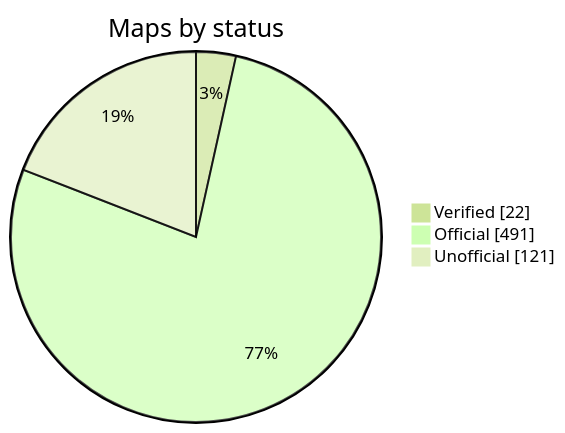
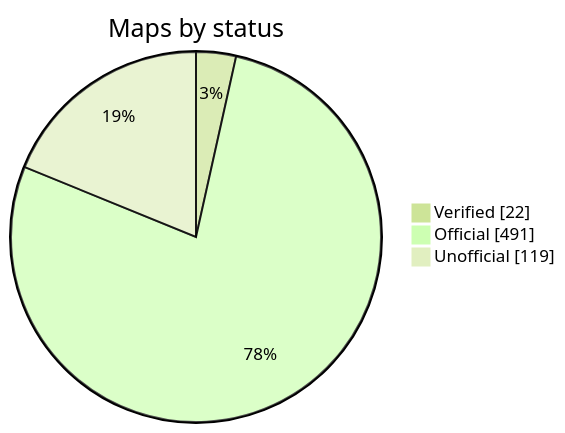
Before and after one commit to nobrega8/mbmap-library: the diagram in README.md, drawn with Mermaid (forest theme). The commit also changed 9 other files, not shown here.

````diff
--- a/README.md
+++ b/README.md
@@ -52,7 +52,7 @@
 ```mermaid
 pie showData
     title Maps by status
     "Verified" : 22
     "Official" : 491
-    "Unofficial" : 121
+    "Unofficial" : 119
 ```
````
